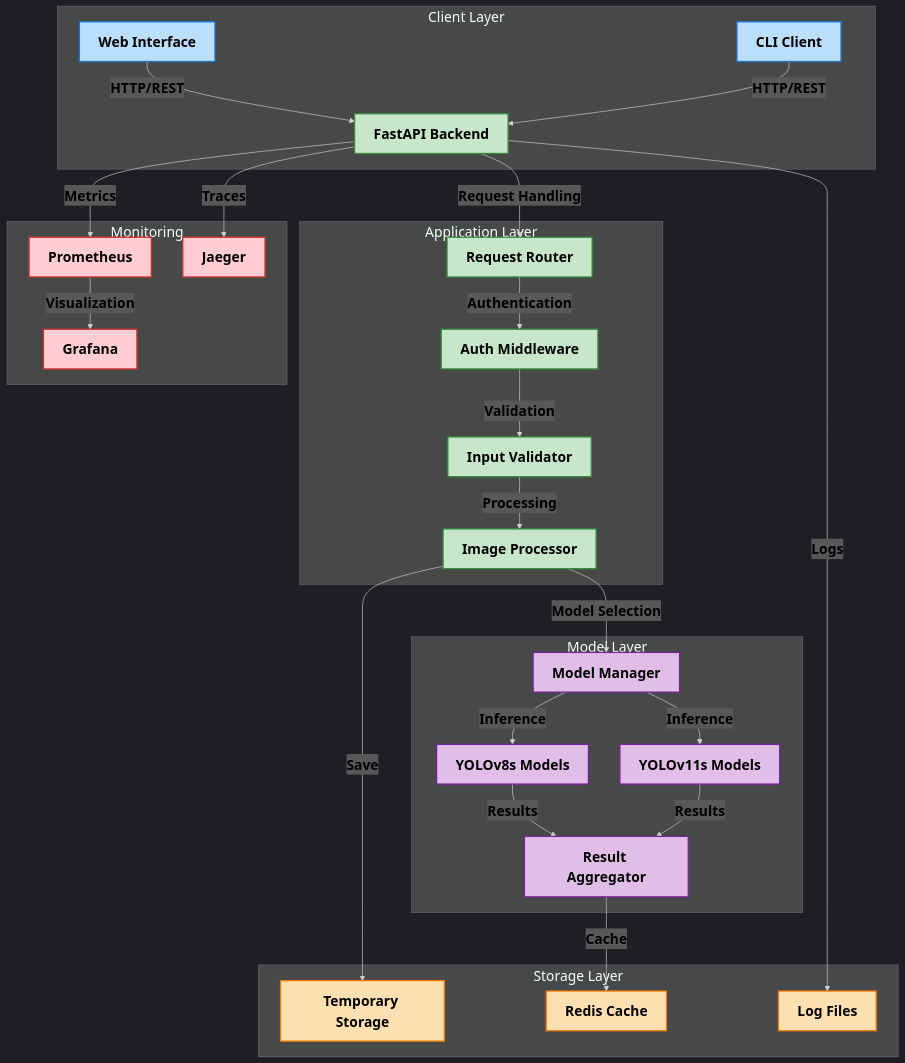
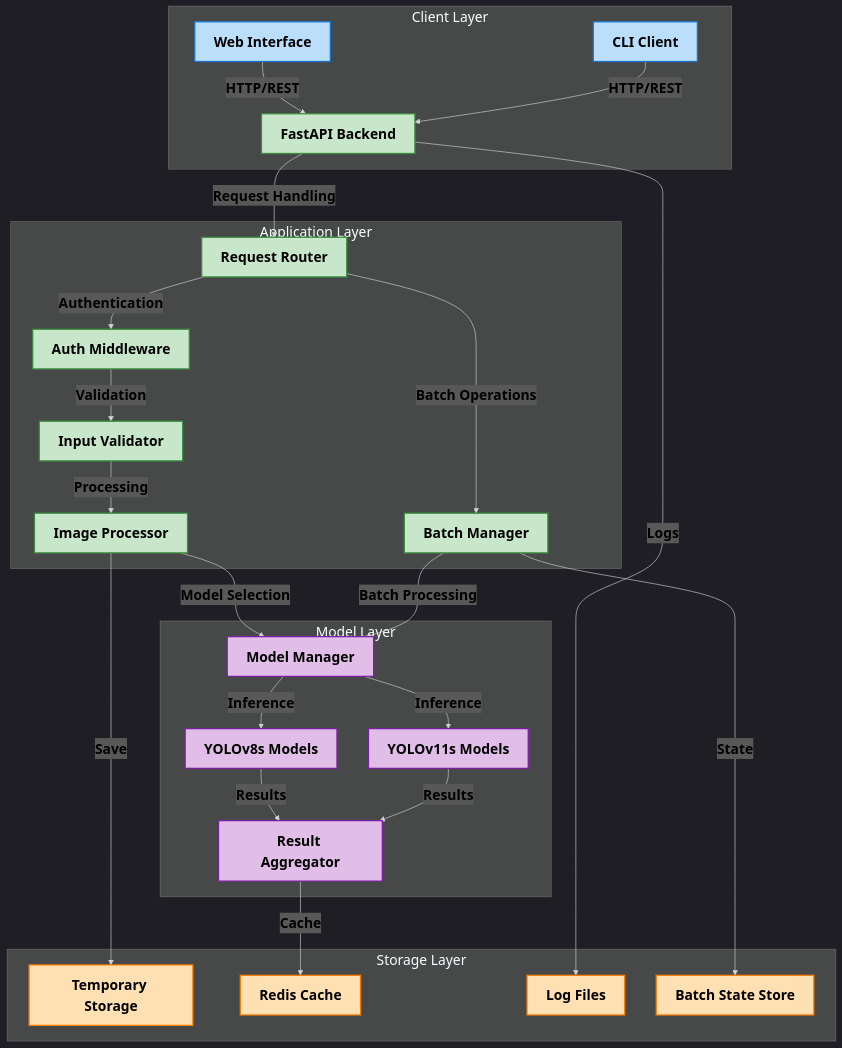
Before and after one commit to Dhruv0306/SymphonyProject1: the first of 11 diagrams in README.md, drawn with Mermaid. The commit also changed other lines of this file and 15 other files, not shown here.

First line of the commit message:
docs: enhance batch processing documentation and diagrams

````diff
--- a/README.md
+++ b/README.md
@@ -50,55 +73,51 @@
 ```mermaid
-%%{init: {'theme': 'dark', 'themeVariables': { 'fontFamily': 'arial', 'fontSize': '22px'}}}%%
+%%{init: {'theme': 'dark', 'themeVariables': { 'fontFamily': 'arial', 'fontSize': '22px', 'fontWeight': 'bold'}}}%%
 graph TD
     subgraph "Client Layer"
         style A fill:#bbdefb,stroke:#1976d2,stroke-width:2px,color:#000000,font-weight:bold
         style Z fill:#bbdefb,stroke:#1976d2,stroke-width:2px,color:#000000,font-weight:bold
-        A[Web Interface] -->|HTTP/REST| B[FastAPI Backend]
-        Z[CLI Client] -->|HTTP/REST| B
+        A["Web Interface"] -->|"HTTP/REST"| B["FastAPI Backend"]
+        Z["CLI Client"] -->|"HTTP/REST"| B
     end
 
     subgraph "Application Layer"
         style B fill:#c8e6c9,stroke:#388e3c,stroke-width:2px,color:#000000,font-weight:bold
         style C fill:#c8e6c9,stroke:#388e3c,stroke-width:2px,color:#000000,font-weight:bold
         style D fill:#c8e6c9,stroke:#388e3c,stroke-width:2px,color:#000000,font-weight:bold
         style E fill:#c8e6c9,stroke:#388e3c,stroke-width:2px,color:#000000,font-weight:bold
         style F fill:#c8e6c9,stroke:#388e3c,stroke-width:2px,color:#000000,font-weight:bold
-        B -->|Request Handling| C[Request Router]
-        C -->|Authentication| D[Auth Middleware]
-        D -->|Validation| E[Input Validator]
-        E -->|Processing| F[Image Processor]
+        style X fill:#c8e6c9,stroke:#388e3c,stroke-width:2px,color:#000000,font-weight:bold
+        B -->|"Request Handling"| C["Request Router"]
+        C -->|"Authentication"| D["Auth Middleware"]
+        D -->|"Validation"| E["Input Validator"]
+        E -->|"Processing"| F["Image Processor"]
+        C -->|"Batch Operations"| X["Batch Manager"]
     end
 
     subgraph "Model Layer"
         style G fill:#e1bee7,stroke:#7b1fa2,stroke-width:2px,color:#000000,font-weight:bold
         style H fill:#e1bee7,stroke:#7b1fa2,stroke-width:2px,color:#000000,font-weight:bold
         style I fill:#e1bee7,stroke:#7b1fa2,stroke-width:2px,color:#000000,font-weight:bold
         style J fill:#e1bee7,stroke:#7b1fa2,stroke-width:2px,color:#000000,font-weight:bold
-        F -->|Model Selection| G[Model Manager]
-        G -->|Inference| H[YOLOv8s Models]
-        G -->|Inference| I[YOLOv11s Models]
-        H -->|Results| J[Result Aggregator]
-        I -->|Results| J
+        F -->|"Model Selection"| G["Model Manager"]
+        G -->|"Inference"| H["YOLOv8s Models"]
+        G -->|"Inference"| I["YOLOv11s Models"]
+        H -->|"Results"| J["Result Aggregator"]
+        I -->|"Results"| J
+        X -->|"Batch Processing"| G
     end
 
     subgraph "Storage Layer" 
         style K fill:#ffe0b2,stroke:#f57c00,stroke-width:2px,color:#000000,font-weight:bold
         style L fill:#ffe0b2,stroke:#f57c00,stroke-width:2px,color:#000000,font-weight:bold
         style M fill:#ffe0b2,stroke:#f57c00,stroke-width:2px,color:#000000,font-weight:bold
-        F -->|Save| K[Temporary Storage]
-        J -->|Cache| L[Redis Cache]
-        B -->|Logs| M[Log Files]
-    end
-
-    subgraph "Monitoring" 
-        style N fill:#ffcdd2,stroke:#d32f2f,stroke-width:2px,color:#000000,font-weight:bold
-        style O fill:#ffcdd2,stroke:#d32f2f,stroke-width:2px,color:#000000,font-weight:bold
-        style P fill:#ffcdd2,stroke:#d32f2f,stroke-width:2px,color:#000000,font-weight:bold
-        B -->|Metrics| N[Prometheus]
-        N -->|Visualization| O[Grafana]
-        B -->|Traces| P[Jaeger]
+        style N fill:#ffe0b2,stroke:#f57c00,stroke-width:2px,color:#000000,font-weight:bold
+        F -->|"Save"| K["Temporary Storage"]
+        J -->|"Cache"| L["Redis Cache"]
+        B -->|"Logs"| M["Log Files"]
+        X -->|"State"| N["Batch State Store"]
     end
 
     %% Style all edge labels
     linkStyle default color:#000000,font-weight:bold
 ```
````
